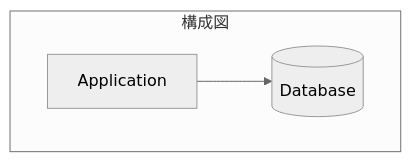
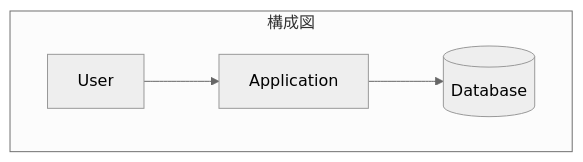
The diagram in docs/基本設計/基本設計書.md (ayatea/rails-develop-structure), drawn with Mermaid (neutral theme) before and after one commit.

Commit message:
:books: [#4] システム構成図にユーザーを追加

````diff
--- a/docs/基本設計/基本設計書.md
+++ b/docs/基本設計/基本設計書.md
@@ -50,6 +50,7 @@
 ```mermaid
 flowchart TD
   subgraph 構成図
+    user[User] --> app
     app[Application] --> db[(Database)]
   end
 ```
````
